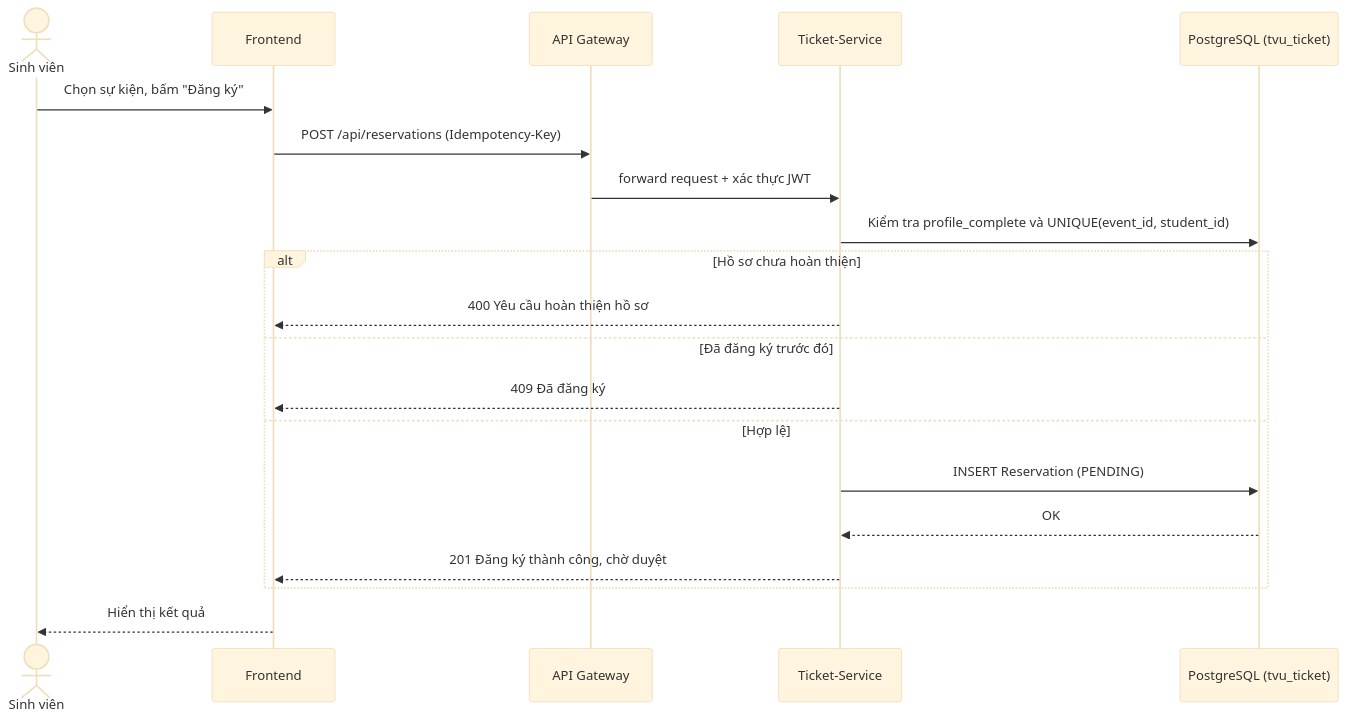
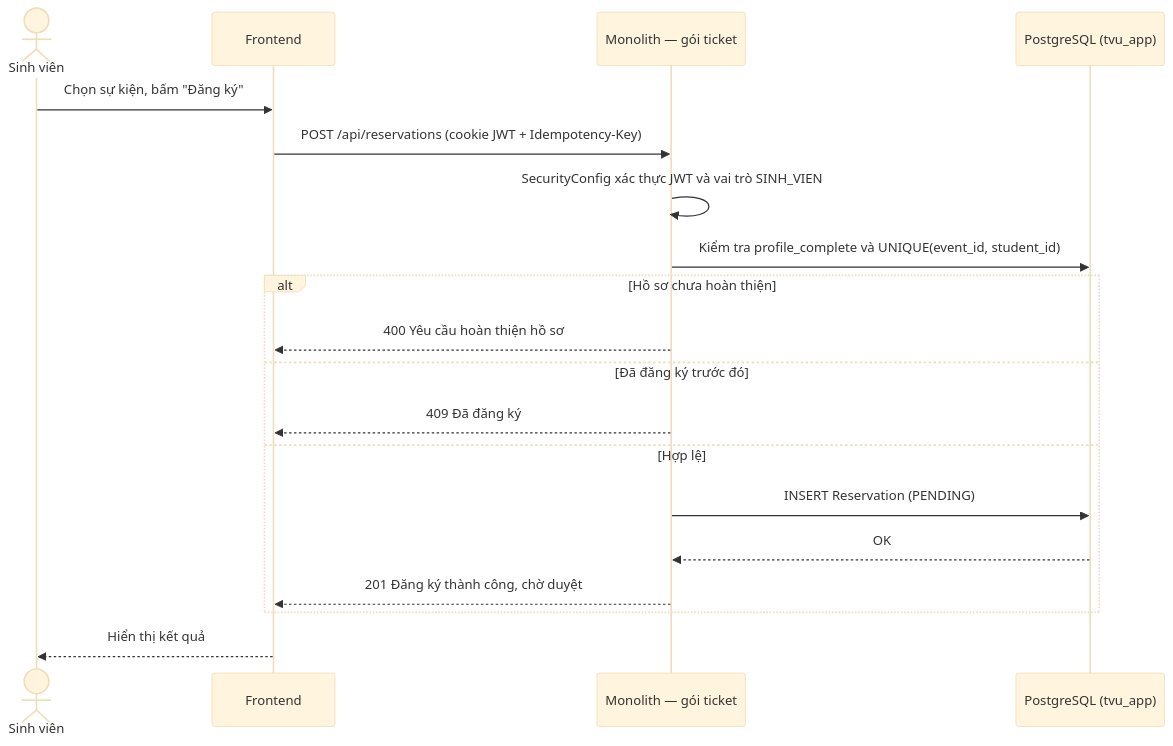
The fourth of 10 diagrams in SO_DO_UML_TVU_Event_Ticketing.md (trhlow/TVU-Event-Ticket), drawn with Mermaid (base theme) before and after one commit. The commit also changed other lines of this file and 115 other files, not shown here.

````diff
--- a/SO_DO_UML_TVU_Event_Ticketing.md
+++ b/SO_DO_UML_TVU_Event_Ticketing.md
@@ -195,23 +200,22 @@
 ```mermaid
 sequenceDiagram
     actor SV as Sinh viên
     participant FE as Frontend
-    participant GW as API Gateway
-    participant TS as Ticket-Service
-    participant DB as PostgreSQL (tvu_ticket)
+    participant TS as Monolith — gói ticket
+    participant DB as PostgreSQL (tvu_app)
 
     SV->>FE: Chọn sự kiện, bấm "Đăng ký"
-    FE->>GW: POST /api/reservations (Idempotency-Key)
-    GW->>TS: forward request + xác thực JWT
+    FE->>TS: POST /api/reservations (cookie JWT + Idempotency-Key)
+    TS->>TS: SecurityConfig xác thực JWT và vai trò SINH_VIEN
     TS->>DB: Kiểm tra profile_complete và UNIQUE(event_id, student_id)
     alt Hồ sơ chưa hoàn thiện
         TS-->>FE: 400 Yêu cầu hoàn thiện hồ sơ
     else Đã đăng ký trước đó
         TS-->>FE: 409 Đã đăng ký
     else Hợp lệ
         TS->>DB: INSERT Reservation (PENDING)
         DB-->>TS: OK
         TS-->>FE: 201 Đăng ký thành công, chờ duyệt
     end
     FE-->>SV: Hiển thị kết quả
 ```
````
